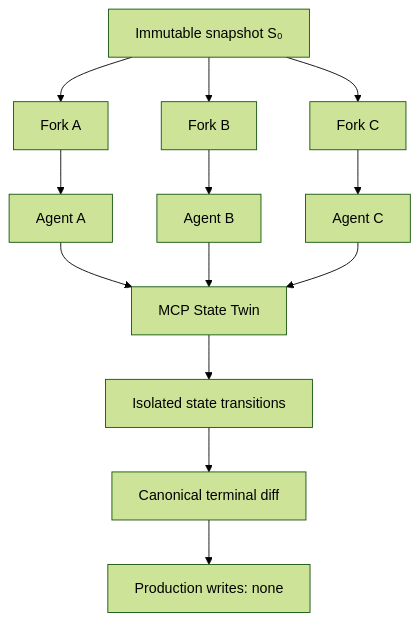
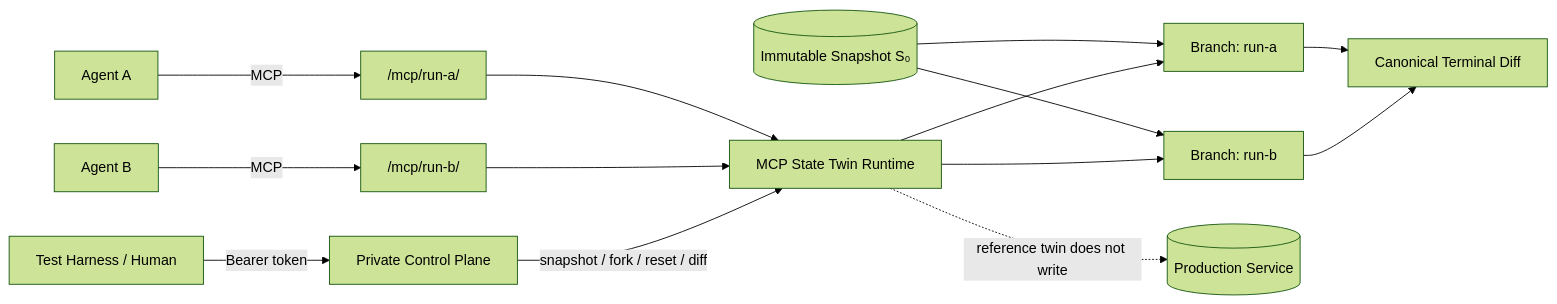
Before and after one commit to augety121/MCP-State-Twin: the diagram in README.en.md, drawn with Mermaid (forest theme). The commit also changed other lines of this file and 3 other files, not shown here.

````diff
--- a/README.en.md
+++ b/README.en.md
@@ -22,15 +60,25 @@
 ```mermaid
-flowchart TD
-    S0["Immutable snapshot S₀"] --> A["Fork A"]
-    S0 --> B["Fork B"]
-    S0 --> C["Fork C"]
-    A --> AA["Agent A"]
-    B --> AB["Agent B"]
-    C --> AC["Agent C"]
-    AA --> T["MCP State Twin"]
-    AB --> T
-    AC --> T
-    T --> X["Isolated state transitions"]
-    X --> D["Canonical terminal diff"]
-    D --> P["Production writes: none"]
+flowchart LR
+    S0[(Immutable Snapshot S₀)]
+
+    S0 --> A[Branch: run-a]
+    S0 --> B[Branch: run-b]
+
+    AA[Agent A] -->|MCP| UA["/mcp/run-a/"]
+    AB[Agent B] -->|MCP| UB["/mcp/run-b/"]
+
+    UA --> R[MCP State Twin Runtime]
+    UB --> R
+
+    R --> A
+    R --> B
+
+    H[Test Harness / Human] -->|Bearer token| C[Private Control Plane]
+    C -->|snapshot / fork / reset / diff| R
+
+    A --> D[Canonical Terminal Diff]
+    B --> D
+
+    P[(Production Service)]
+    R -. reference twin does not write .-> P
 ```
````
